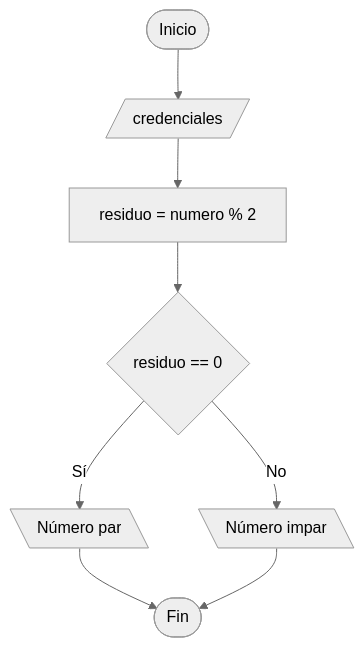
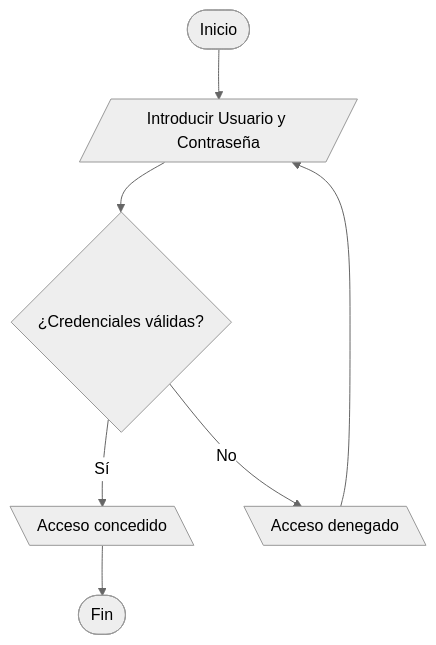
The diagram in contenido/m2_practicas/m2p_iniciosesion.md (lcuevasmx/notas-backend), drawn with Mermaid (neutral theme) before and after one commit. The commit also changed other lines of this file and 5 other files, not shown here.

````diff
--- a/contenido/m2_practicas/m2p_iniciosesion.md
+++ b/contenido/m2_practicas/m2p_iniciosesion.md
@@ -15,12 +15,11 @@
 ```mermaid
 flowchart TD
-    A([Inicio]) --> B[/credenciales/]
-    B --> C[residuo = numero % 2]
-    C --> D{residuo == 0}
+    A([Inicio]) --> B[/Introducir Usuario y Contraseña/]
+    B --> C{¿Credenciales válidas?}
     
-    D -- Sí --> E[\"Número par"\]
-    D -- No --> F[\"Número impar"\]
+    C -- Sí --> E[\"Acceso concedido"\]
+    C -- No --> F[\"Acceso denegado"\]
     
+    F --> B
     E --> G([Fin])
-    F --> G
 ```
````
